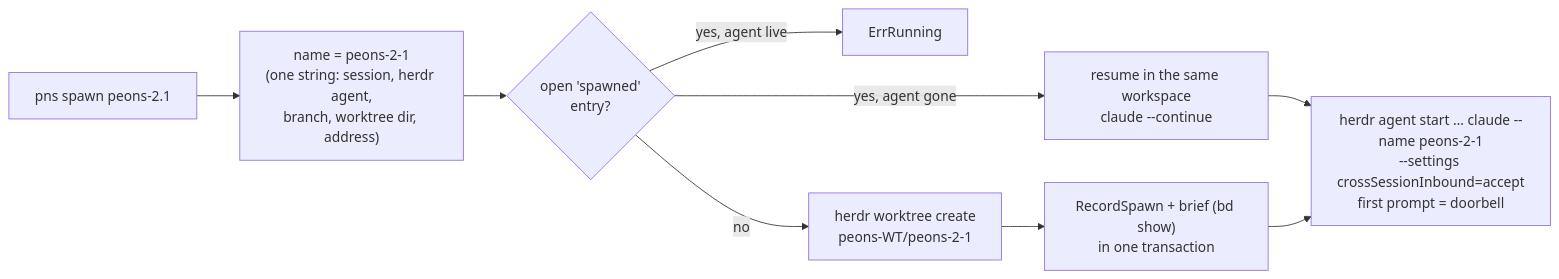
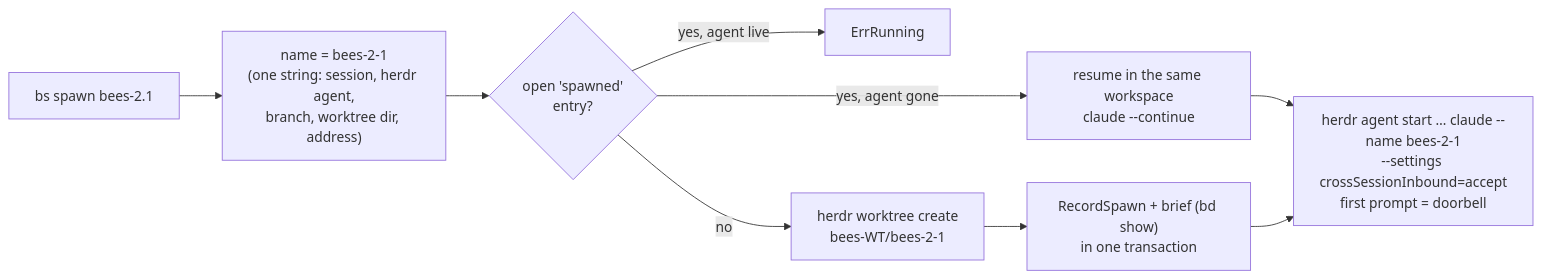
Before and after one commit to jmmshn/bees: the fourth of 4 diagrams in README.md, drawn with Mermaid. The commit also changed other lines of this file and 37 other files, not shown here.

First line of the commit message:
refactor: rename peons to bees (R31)

````diff
--- a/README.md
+++ b/README.md
@@ -151,11 +151,11 @@
 ```mermaid
 flowchart LR
-    S["pns spawn peons-2.1"] --> N["name = peons-2-1<br/>(one string: session, herdr agent,<br/>branch, worktree dir, address)"]
+    S["bs spawn bees-2.1"] --> N["name = bees-2-1<br/>(one string: session, herdr agent,<br/>branch, worktree dir, address)"]
     N --> X{open 'spawned'<br/>entry?}
     X -- "yes, agent live" --> E1[ErrRunning]
     X -- "yes, agent gone" --> RS["resume in the same workspace<br/>claude --continue"]
     RS --> ST
-    X -- no --> WT["herdr worktree create<br/>peons-WT/peons-2-1"]
+    X -- no --> WT["herdr worktree create<br/>bees-WT/bees-2-1"]
     WT --> REC["RecordSpawn + brief (bd show)<br/>in one transaction"]
-    REC --> ST["herdr agent start … claude --name peons-2-1<br/>--settings crossSessionInbound=accept<br/>first prompt = doorbell"]
+    REC --> ST["herdr agent start … claude --name bees-2-1<br/>--settings crossSessionInbound=accept<br/>first prompt = doorbell"]
 ```
````
